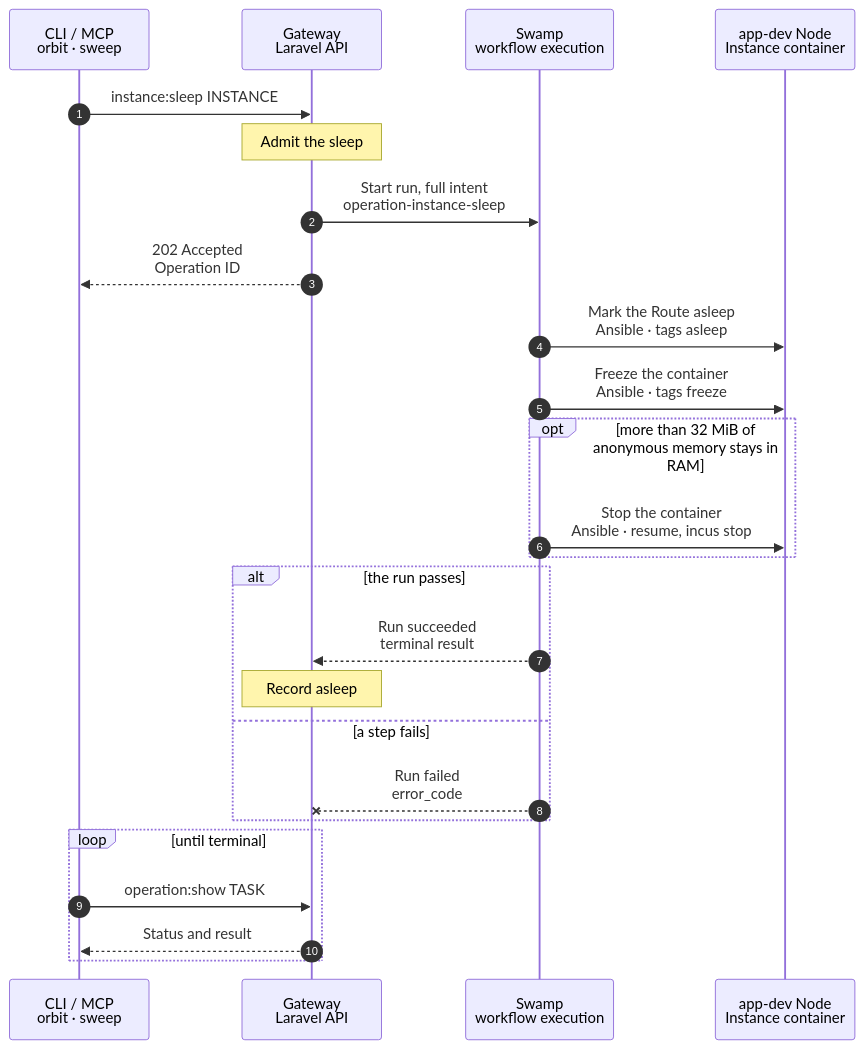
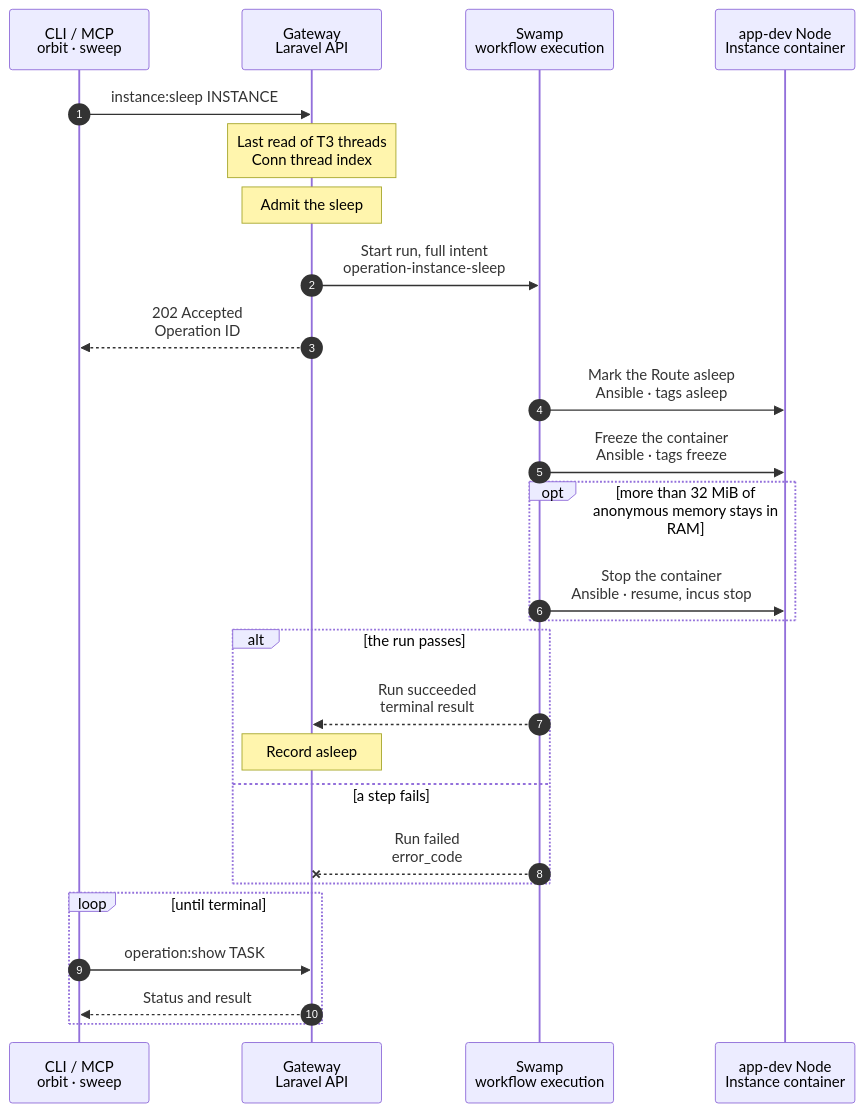
The diagram in docs/cli/instance/sleep.mmd (hardimpactdev/orbit), drawn with Mermaid before and after one commit. The commit also changed 36 other files, not shown here.

First line of the commit message:
feat(conn): a thread index at the Gateway (Conn O1, O2) (#3721)

```diff
--- a/docs/cli/instance/sleep.mmd
+++ b/docs/cli/instance/sleep.mmd
@@ -1,73 +1,81 @@
 sequenceDiagram
   %% Container runtime (ADR 0250 step 8, docs/reference/development-containers.md#sleep-and-wake): freeze a development container with its memory in swap and leave its Route on the wake page. The hibernation sweep admits the same kind after an idle hour; the command admits it at once.
   %% status: draft
   %% command: instance:sleep
   %% kind: instance.sleep
   autonumber
   %% lane CLI icon=terminal pill=caller tone=gray
   %% lane GW icon=gateway pill=intent tone=blue
   %% lane SW icon=workflow pill=executes tone=green
   %% lane N icon=server pill=target tone=amber
   participant CLI as CLI / MCP<br/>orbit · sweep
   participant GW as Gateway<br/>Laravel API
   participant SW as Swamp<br/>workflow execution
   participant N as app-dev Node<br/>Instance container
   CLI->>GW: instance:sleep INSTANCE
   %%> Command:
   %%> - `orbit instance:sleep INSTANCE`
   %%> - syntax: `<instance-id> [--json]`
   %%> Callers:
   %%> - the command, at once
   %%> - the idle sleep of the runtime hibernator, every 10 min, after it read no HTTP, wake or T3 activity for an hour and no running turn (docs/reference/development-containers.md#sleep-and-wake)
+  Note over GW: Last read of T3 threads<br/>Conn thread index
+  %%> When:
+  %%> - after the refusals and the replay of a repeated request, before the Instance lock; within 3 seconds
+  %%> - only while Conn and its index switch `ORBIT_CONN_THREAD_INDEX_POLL` are on; the sleep switch does not matter
+  %%> What it does:
+  %%> - reads the container T3 server's threads once more, so the index keeps them while the Instance sleeps (docs/reference/conn.md#thread-index)
+  %%> On failure:
+  %%> - the index keeps its earlier rows; the sleep goes on
   Note over GW: Admit the sleep
   %%> When:
   %%> - an active development container that is not a default and not a nested-fleet Instance; take the Instance lock
   %%> On failure:
   %%> - no container, a default, a nested-fleet Instance, an active task or lifecycle work starts no run
   GW->>SW: Start run, full intent<br/>operation-instance-sleep
   GW-->>CLI: 202 Accepted<br/>Operation ID
   SW->>N: Mark the Route asleep<br/>Ansible · tags asleep
   %%> What it does:
   %%> - checks that Caddy's loaded site of the Instance has the asleep rule, else `instance.sleep_route_unready`
   %%> - writes the asleep marker, so each request from now on gets the wake page
   %%> Why:
   %%> - the marker comes before the freeze: a request during the freeze gets the wake page, not a hang
   SW->>N: Freeze the container<br/>Ansible · tags freeze
   %%> What it does:
   %%> - writes `max` to the container cgroup's `memory.swap.max` (Incus writes 0), `incus pause`, then a reclaim of its memory
   %%> - the processes and their state stay; their memory goes to swap, about 13 MiB stays in RAM
   %%> - a frozen or stopped container stays as it is
   %%> Why:
   %%> - the reclaim follows the pause, so no running process pulls a page back
   %%> - swap opens for this cgroup only and only while it sleeps: a running container never swaps
   %%> On failure:
   %%> - a failed swap write or pause writes 0 back and removes the marker, `instance.container_freeze_failed`; the container serves as before
   opt more than 32 MiB of anonymous memory stays in RAM
     SW->>N: Stop the container<br/>Ansible · resume, incus stop
     %%> Why:
     %%> - swap is full; a frozen container would hold RAM, which a sleep exists to free
     %%> Result:
     %%> - `sleep: stopped`; the next wake boots it behind the same marker
     %%> On failure:
     %%> - the resumed container runs: swap closes again, the marker goes, `instance.container_freeze_failed`
   end
   alt the run passes
     %% path: main
     SW-->>GW: Run succeeded<br/>terminal result
     Note over GW: Record asleep
     %%> Result:
     %%> - the runtime's `power_state` is `stopped` for a frozen and a stopped container; the result says `sleep: frozen` or `sleep: stopped`
     %%> - `t3_turn` is `idle` when the idle sleep started it, which read T3 first, and `not_checked` for the command
     %%> - the Conn layer shows its T3 server asleep; the hourly renewal skips it
   else a step fails
     %% path: failed
     SW--xGW: Run failed<br/>error_code
     %%> Result:
     %%> - `power_state` stays as it was. A marker left on a running container is harmless: the next request wakes the Instance, which removes it
     %%> Retry:
     %%> - the same command again
   end
   loop until terminal
     CLI->>GW: operation:show TASK
     GW-->>CLI: Status and result
   end
```
